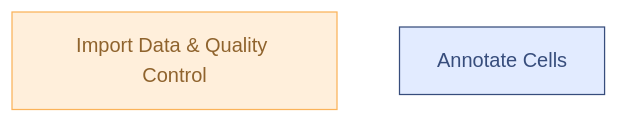
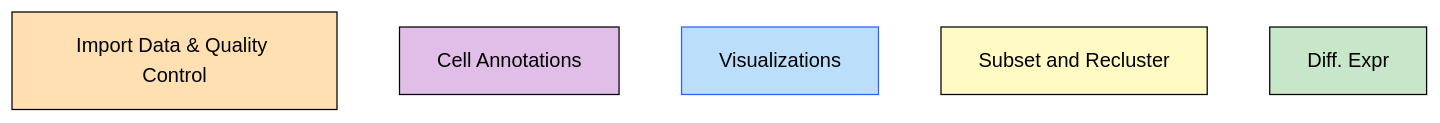
One commit to NIDAP-Community/SCWorkflow changed the diagram in README.md. Above: the diagram before and after it, drawn with Mermaid (neutral theme).

Commit message:
updated Flow Chart

````diff
--- a/README.md
+++ b/README.md
@@ -5,10 +5,38 @@
 ```mermaid
 flowchart TD
     C["Import Data & Quality Control"]
-    D["Annotate Cells"]
+    n1["Cell Annotations"]
+    n2["Visualizations"]
+    n3["Subset and Recluster"]
+    n4["Diff. Expr"]
+    n1@{ shape: rect}
+    n2@{ shape: rect}
+    n3@{ shape: rect}
+    n4@{ shape: rect}
      C:::Peach
-     D:::Sky
+     C:::Class_05
+     n1:::Peach
+     n1:::Sky
+     n1:::Class_02
+     n2:::Peach
+     n2:::Sky
+     n2:::Class_01
+     n3:::Peach
+     n3:::Sky
+     n3:::Class_01
+     n3:::Class_04
+     n3:::Class_04
+     n4:::Peach
+     n4:::Sky
+     n4:::Class_01
+     n4:::Class_03
     classDef Peach stroke-width:1px, stroke-dasharray:none, stroke:#FBB35A, fill:#FFEFDB, color:#8F632D
     classDef Sky stroke-width:1px, stroke-dasharray:none, stroke:#374D7C, fill:#E2EBFF, color:#374D7C
+    classDef Class_01 fill:#BBDEFB, stroke:#2962FF, color:#000000
+    classDef Class_02 color:#000000, fill:#E1BEE7, stroke:#000000
+    classDef Class_03 color:#000000, fill:#C8E6C9, stroke:#000000
+    classDef Class_04 color:#000000, fill:#FFF9C4, stroke:#000000
+    classDef Class_05 stroke:#000000, fill:#FFE0B2, color:#000000
     click C "https://github.com/NIDAP-Community/SCWorkflow/blob/GalaxyCLI/vignettes/Getting%20Started%20and%20Quality%20Control.html"
+
 ```
````
